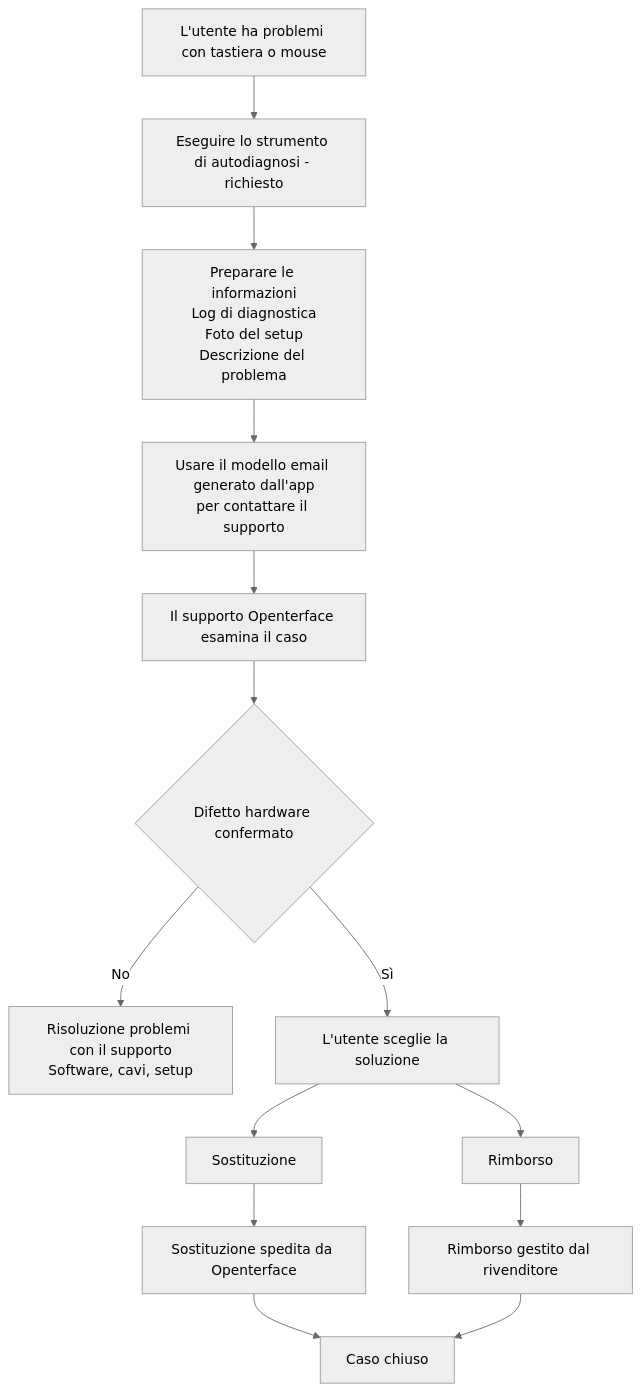
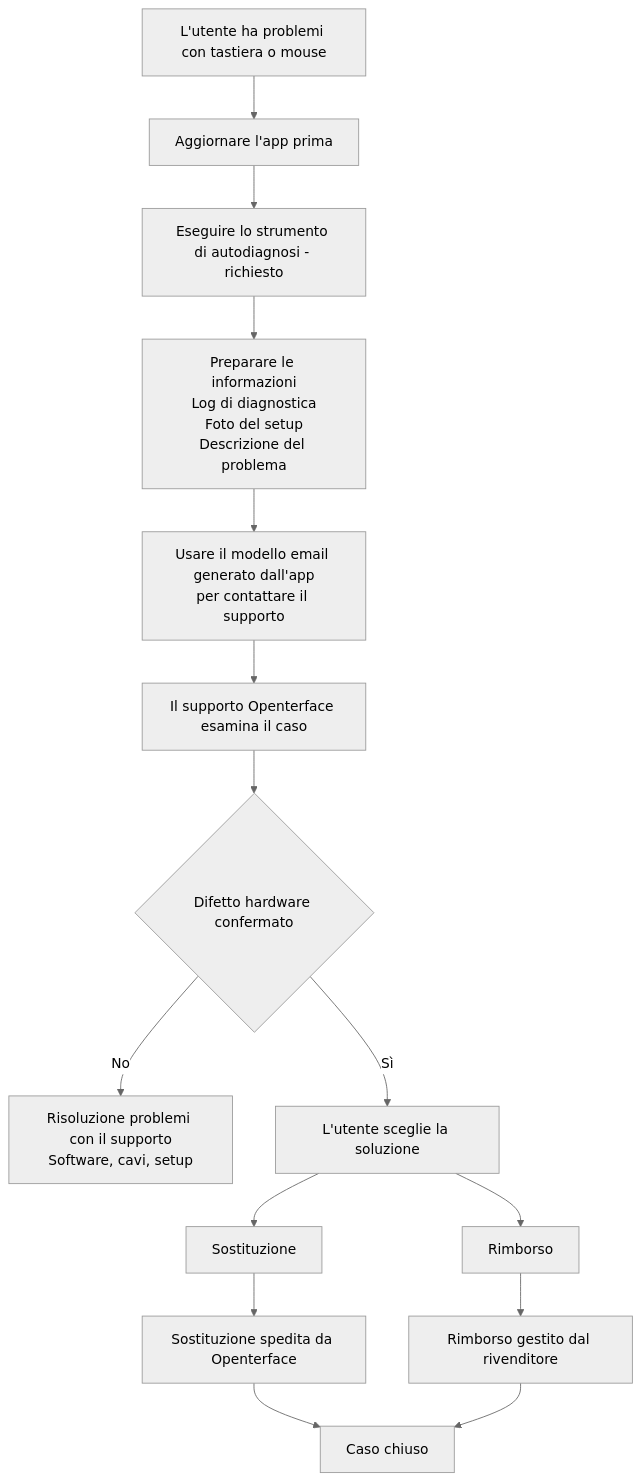
The diagram in docs/product/minikvm/support/mini-kvm-troubleshooting-and-support.it.md (TechxArtisanStudio/Openterface), drawn with Mermaid (neutral theme) before and after one commit. The commit also changed other lines of this file and 29 other files, not shown here.

````diff
--- a/docs/product/minikvm/support/mini-kvm-troubleshooting-and-support.it.md
+++ b/docs/product/minikvm/support/mini-kvm-troubleshooting-and-support.it.md
@@ -39,21 +39,22 @@
 ```mermaid
 flowchart TD
-    U[L'utente ha problemi con tastiera o mouse] --> D[Eseguire lo strumento di autodiagnosi - richiesto]
+    U[L'utente ha problemi con tastiera o mouse] --> A[Aggiornare l'app prima]
+    A --> D[Eseguire lo strumento di autodiagnosi - richiesto]
 
     D --> P[Preparare le informazioni<br/>Log di diagnostica<br/>Foto del setup<br/>Descrizione del problema]
 
     P --> E[Usare il modello email generato dall'app<br/>per contattare il supporto]
 
     E --> S[Il supporto Openterface esamina il caso]
 
     S --> R{Difetto hardware confermato}
 
     R -- No --> F[Risoluzione problemi con il supporto<br/>Software, cavi, setup]
     R -- Sì --> C[L'utente sceglie la soluzione]
 
     C --> Sostituzione --> REP[Sostituzione spedita da Openterface]
     C --> Rimborso --> REF[Rimborso gestito dal rivenditore]
 
     REP --> END[Caso chiuso]
     REF --> END
 ```
````
